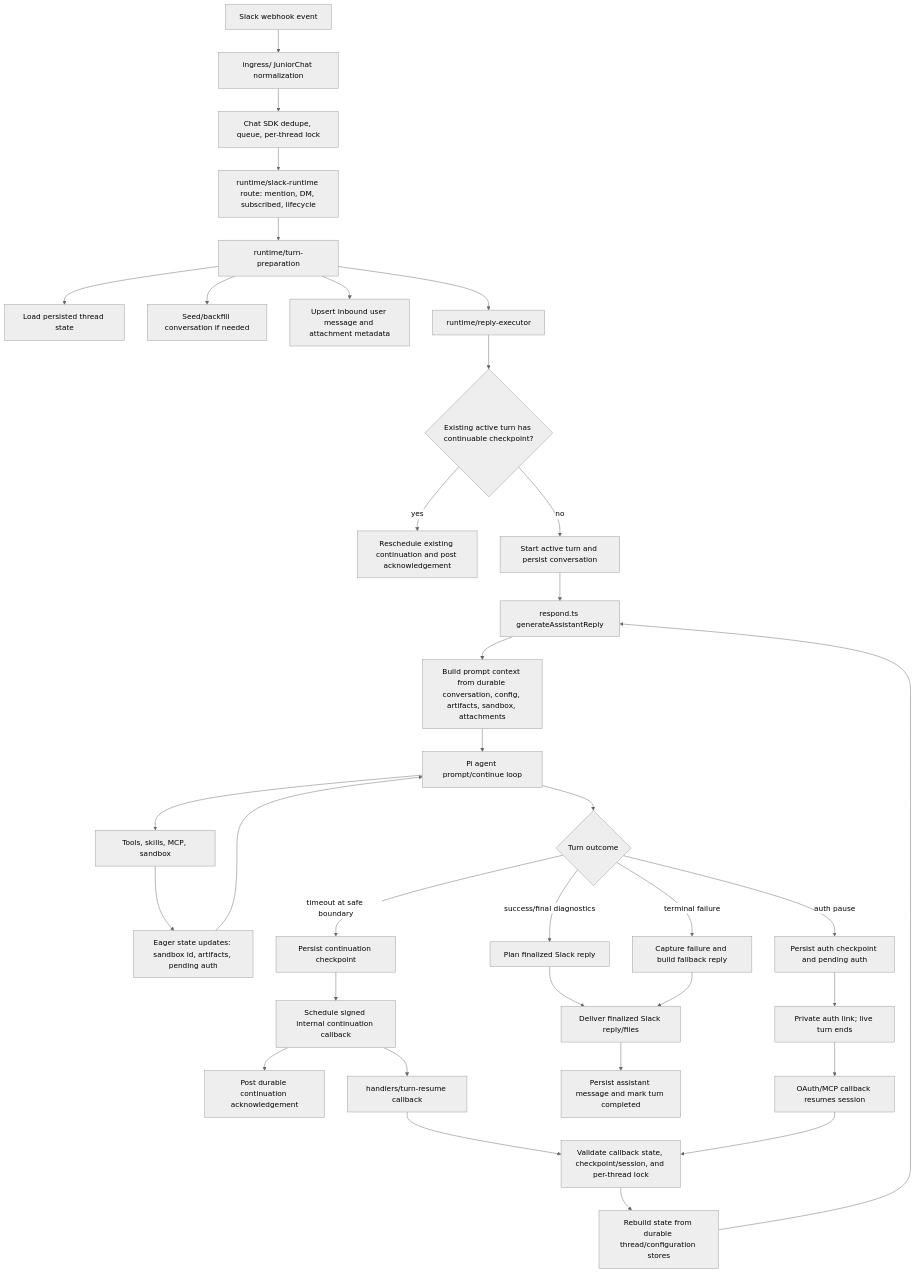
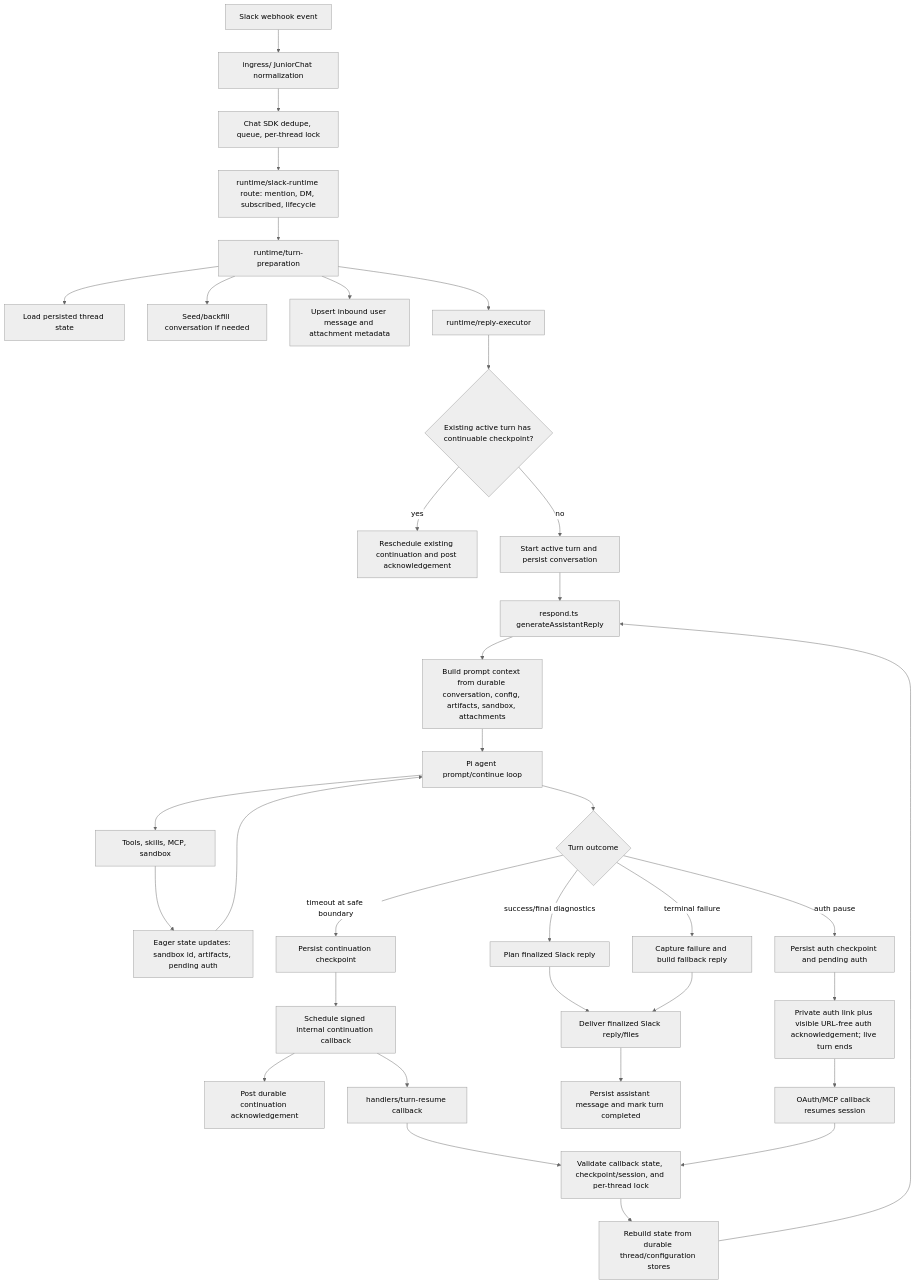
Before and after one commit to getsentry/junior: the diagram in specs/chat-architecture-spec.md, drawn with Mermaid (neutral theme). The commit also changed 15 other files, not shown here.

````diff
--- a/specs/chat-architecture-spec.md
+++ b/specs/chat-architecture-spec.md
@@ -55,37 +55,37 @@
 ```mermaid
 flowchart TD
   A[Slack webhook event] --> B[ingress/ JuniorChat normalization]
   B --> C[Chat SDK dedupe, queue, per-thread lock]
   C --> D[runtime/slack-runtime route: mention, DM, subscribed, lifecycle]
   D --> E[runtime/turn-preparation]
   E --> E1[Load persisted thread state]
   E --> E2[Seed/backfill conversation if needed]
   E --> E3[Upsert inbound user message and attachment metadata]
   E --> F[runtime/reply-executor]
   F --> G{Existing active turn has continuable checkpoint?}
   G -->|yes| H[Reschedule existing continuation and post acknowledgement]
   G -->|no| I[Start active turn and persist conversation]
   I --> J[respond.ts generateAssistantReply]
   J --> K[Build prompt context from durable conversation, config, artifacts, sandbox, attachments]
   K --> L[Pi agent prompt/continue loop]
   L --> M[Tools, skills, MCP, sandbox]
   M --> N[Eager state updates: sandbox id, artifacts, pending auth]
   N --> L
   L --> O{Turn outcome}
   O -->|success/final diagnostics| P[Plan finalized Slack reply]
   O -->|auth pause| Q[Persist auth checkpoint and pending auth]
   O -->|timeout at safe boundary| R[Persist continuation checkpoint]
   O -->|terminal failure| S[Capture failure and build fallback reply]
   R --> T[Schedule signed internal continuation callback]
   T --> U[Post durable continuation acknowledgement]
-  Q --> V[Private auth link; live turn ends]
+  Q --> V[Private auth link plus visible URL-free auth acknowledgement; live turn ends]
   V --> AB[OAuth/MCP callback resumes session]
   P --> W[Deliver finalized Slack reply/files]
   S --> W
   W --> X[Persist assistant message and mark turn completed]
   T --> Y[handlers/turn-resume callback]
   Y --> Z[Validate callback state, checkpoint/session, and per-thread lock]
   AB --> Z
   Z --> AA[Rebuild state from durable thread/configuration stores]
   AA --> J
 ```
````
